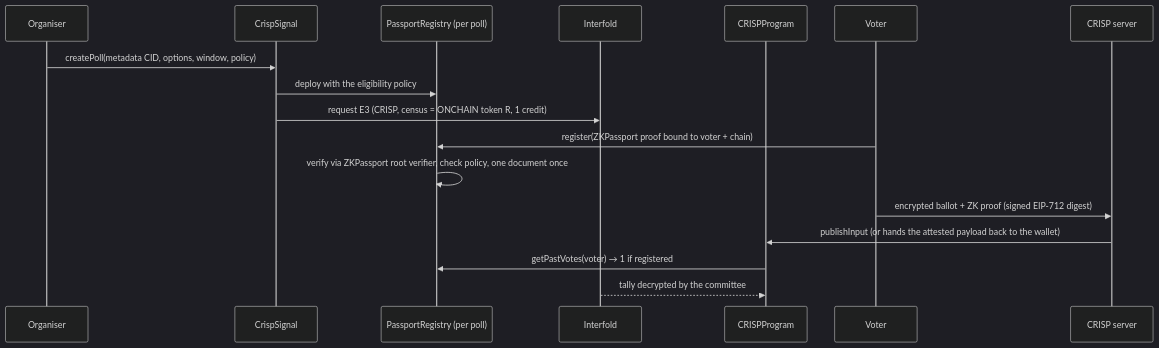
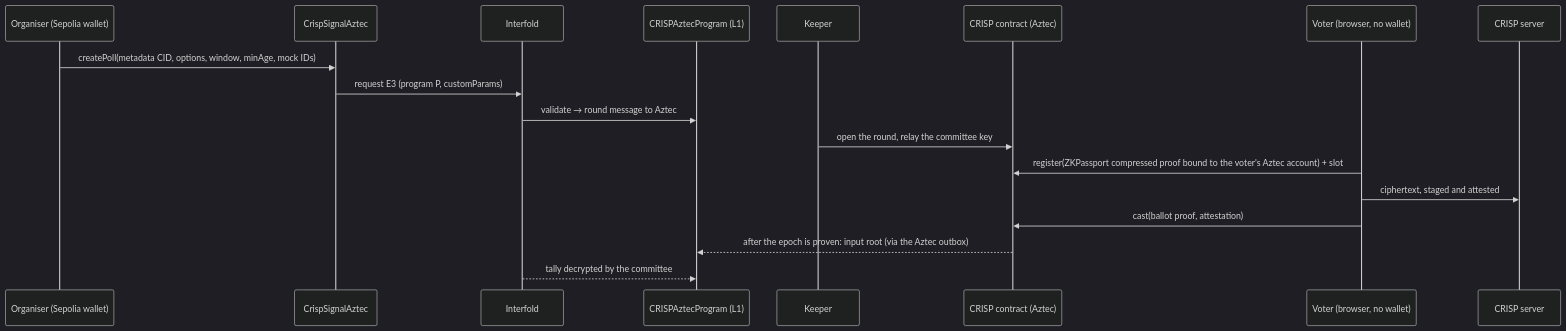
The diagram in README.md (theinterfold/crisp-signal), drawn with Mermaid (dark theme) before and after one commit. The commit also changed other lines of this file and 35 other files, not shown here.

First line of the commit message:
feat: run polls on CRISP-on-Aztec

````diff
--- a/README.md
+++ b/README.md
@@ -15,19 +16,20 @@
 ```mermaid
 sequenceDiagram
-  participant O as Organiser
-  participant B as CrispSignal
-  participant R as PassportRegistry (per poll)
+  participant O as Organiser (Sepolia wallet)
+  participant B as CrispSignalAztec
   participant I as Interfold
-  participant P as CRISPProgram
-  participant V as Voter
+  participant P as CRISPAztecProgram (L1)
+  participant K as Keeper
+  participant A as CRISP contract (Aztec)
+  participant V as Voter (browser, no wallet)
   participant S as CRISP server
-  O->>B: createPoll(metadata CID, options, window, policy)
-  B->>R: deploy with the eligibility policy
-  B->>I: request E3 (CRISP, census = ONCHAIN token R, 1 credit)
-  V->>R: register(ZKPassport proof bound to voter + chain)
-  R->>R: verify via ZKPassport root verifier, check policy, one document once
-  V->>S: encrypted ballot + ZK proof (signed EIP-712 digest)
-  S->>P: publishInput (or hands the attested payload back to the wallet)
-  P->>R: getPastVotes(voter) → 1 if registered
+  O->>B: createPoll(metadata CID, options, window, minAge, mock IDs)
+  B->>I: request E3 (program P, customParams)
+  I->>P: validate → round message to Aztec
+  K->>A: open the round, relay the committee key
+  V->>A: register(ZKPassport compressed proof bound to the voter's Aztec account) + slot
+  V->>S: ciphertext, staged and attested
+  V->>A: cast(ballot proof, attestation)
+  A-->>P: after the epoch is proven: input root (via the Aztec outbox)
   I-->>P: tally decrypted by the committee
 ```
````
